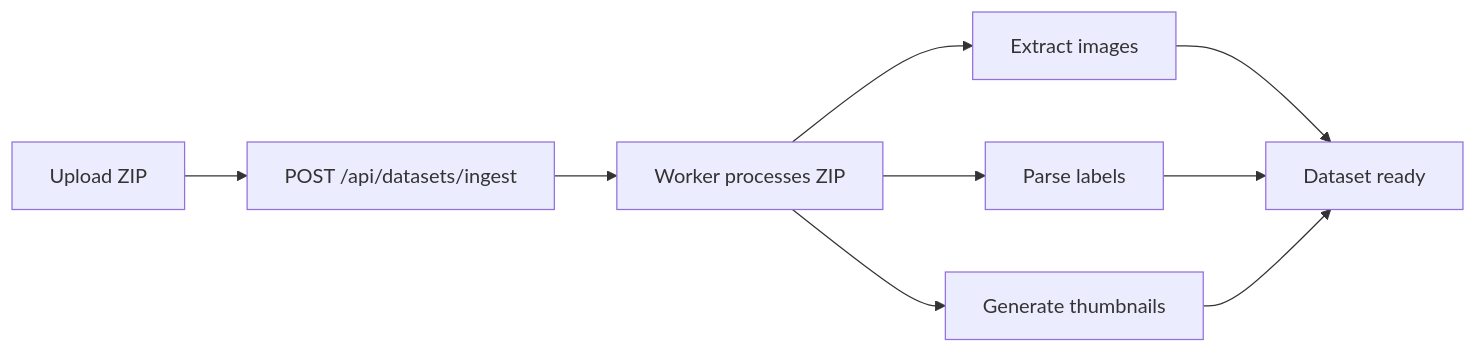
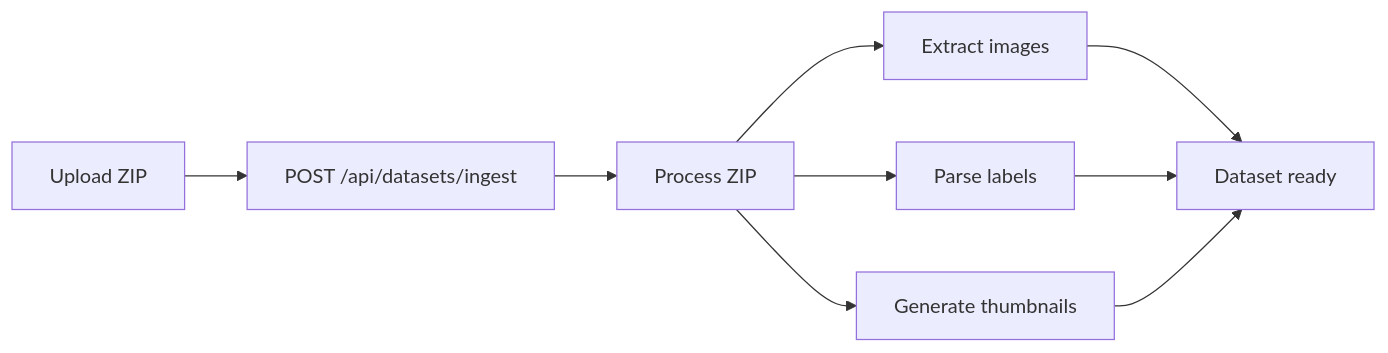
The second of 4 diagrams in docs/en/platform/api/index.md (ultralytics/ultralytics), drawn with Mermaid before and after one commit. The commit also changed other lines of this file and 9 other files, not shown here.

````diff
--- a/docs/en/platform/api/index.md
+++ b/docs/en/platform/api/index.md
@@ -439,9 +459,9 @@
 ```mermaid
 graph LR
     A[Upload ZIP] --> B[POST /api/datasets/ingest]
-    B --> C[Worker processes ZIP]
+    B --> C[Process ZIP]
     C --> D[Extract images]
     C --> E[Parse labels]
     C --> F[Generate thumbnails]
     D & E & F --> G[Dataset ready]
 ```
````
